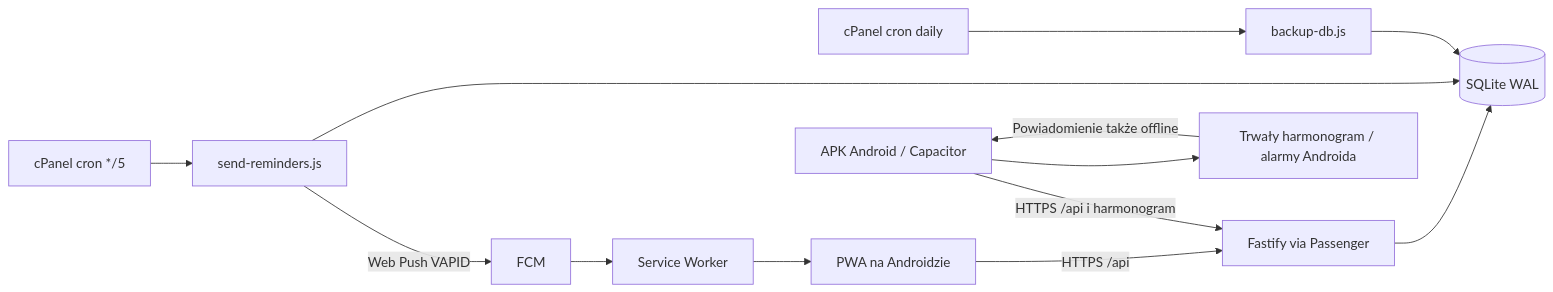
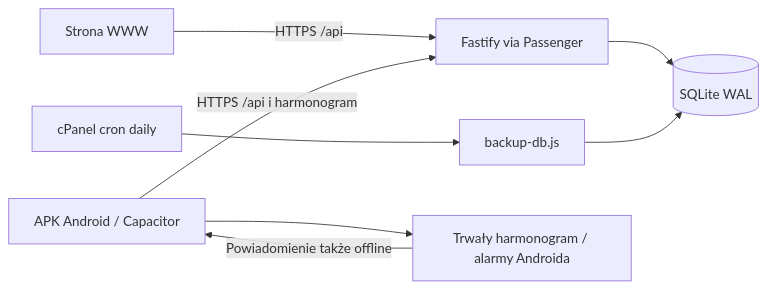
The diagram in docs/plan.md (WojciechPreficz/rodzina), drawn with Mermaid before and after one commit. The commit also changed other lines of this file and 4 other files, not shown here.

````diff
--- a/docs/plan.md
+++ b/docs/plan.md
@@ -198,15 +202,10 @@
 ```mermaid
 flowchart LR
-  Phone["PWA na Androidzie"] -->|"HTTPS /api"| Api["Fastify via Passenger"]
+  Web["Strona WWW"] -->|"HTTPS /api"| Api["Fastify via Passenger"]
   Api --> Db[("SQLite WAL")]
-  Cron["cPanel cron */5"] --> Job["send-reminders.js"]
   CronDaily["cPanel cron daily"] --> Backup["backup-db.js"]
-  Job --> Db
   Backup --> Db
-  Job -->|"Web Push VAPID"| Fcm["FCM"]
-  Fcm --> SW["Service Worker"]
-  SW --> Phone
   Apk["APK Android / Capacitor"] -->|"HTTPS /api i harmonogram"| Api
   Apk --> Local["Trwały harmonogram / alarmy Androida"]
   Local -->|"Powiadomienie także offline"| Apk
 ```
````
